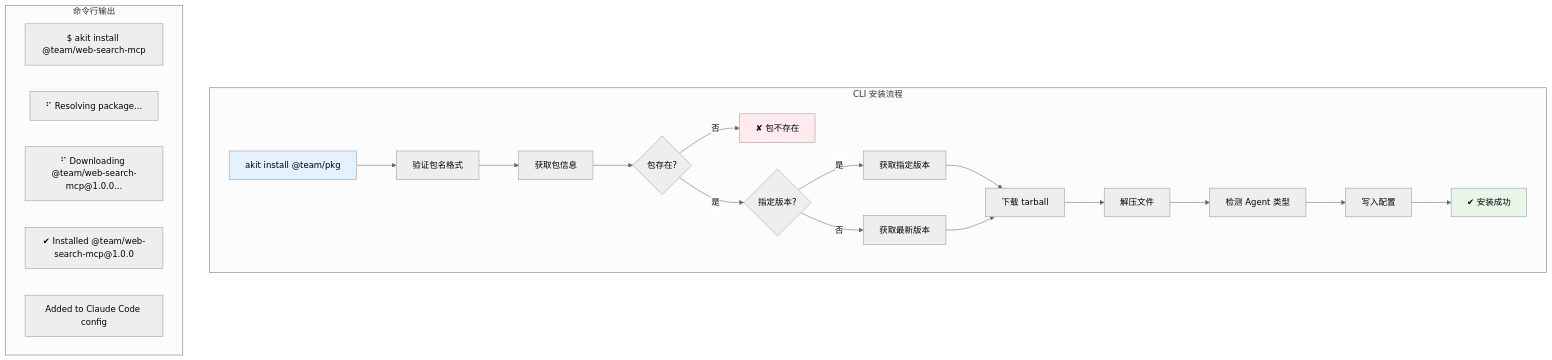
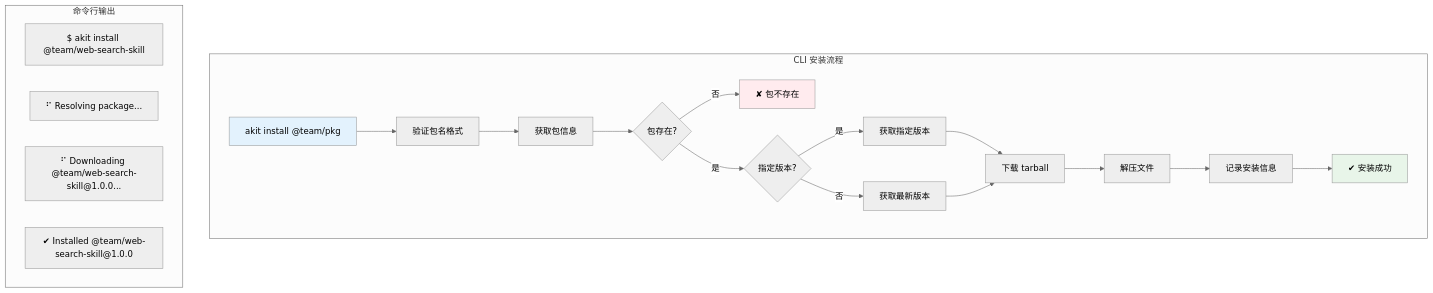
One commit to afine907/agent-kit-admin changed the seventh of 10 diagrams in docs/architecture/diagrams/03-user-interaction.md. Above: the diagram before and after it, drawn with Mermaid (neutral theme). The commit also changed other lines of this file and 126 other files, not shown here.

First line of the commit message:
refactor!: 移除 MCP 支持并引入 Skill 测试对话 Agent

````diff
--- a/docs/architecture/diagrams/03-user-interaction.md
+++ b/docs/architecture/diagrams/03-user-interaction.md
@@ -236,33 +236,31 @@
 ```mermaid
 flowchart TB
     subgraph "CLI 安装流程"
         Start["akit install @team/pkg"] --> Validate["验证包名格式"]
         Validate --> Fetch["获取包信息"]
         Fetch --> NotFound{"包存在?"}
         NotFound -->|否| Error1["✘ 包不存在"]
         NotFound -->|是| Version{"指定版本?"}
 
         Version -->|是| Specific["获取指定版本"]
         Version -->|否| Latest["获取最新版本"]
 
         Specific --> Download["下载 tarball"]
         Latest --> Download
 
         Download --> Extract["解压文件"]
-        Extract --> Detect["检测 Agent 类型"]
-        Detect --> Config["写入配置"]
-        Config --> Done["✔ 安装成功"]
+        Extract --> Record["记录安装信息"]
+        Record --> Done["✔ 安装成功"]
     end
 
     subgraph "命令行输出"
-        Output1["$ akit install @team/web-search-mcp"]
+        Output1["$ akit install @team/web-search-skill"]
         Output2["⠋ Resolving package..."]
-        Output3["⠋ Downloading @team/web-search-mcp@1.0.0..."]
-        Output4["✔ Installed @team/web-search-mcp@1.0.0"]
-        Output5["  Added to Claude Code config"]
+        Output3["⠋ Downloading @team/web-search-skill@1.0.0..."]
+        Output4["✔ Installed @team/web-search-skill@1.0.0"]
     end
 
     style Start fill:#E3F2FD
     style Done fill:#E8F5E9
     style Error1 fill:#FFEBEE
 ```
````
